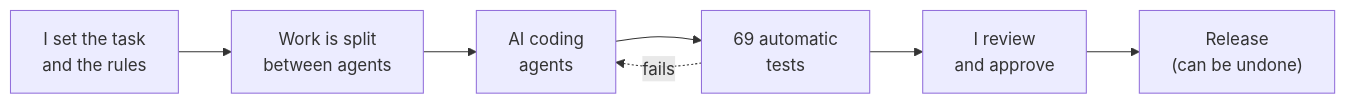
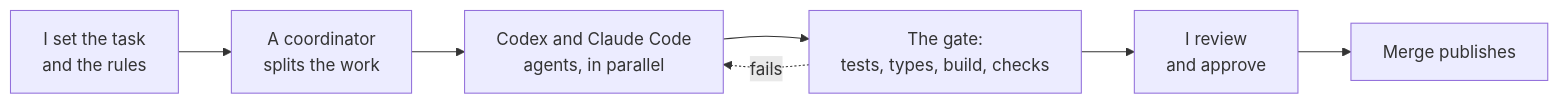
Before and after one commit to rekomakela/rekomakela: the diagram in README.md, drawn with Mermaid. The commit also changed other lines of this file and 10 other files, not shown here.

````diff
--- a/README.md
+++ b/README.md
@@ -45,9 +11,9 @@
 ```mermaid
 flowchart LR
-  A["I set the task<br/>and the rules"] --> B["Work is split<br/>between agents"]
-  B --> C["AI coding<br/>agents"]
-  C --> D["69 automatic<br/>tests"]
+  A["I set the task<br/>and the rules"] --> B["A coordinator<br/>splits the work"]
+  B --> C["Codex and Claude Code<br/>agents, in parallel"]
+  C --> D["The gate:<br/>tests, types, build, checks"]
   D --> E["I review<br/>and approve"]
-  E --> F["Release<br/>(can be undone)"]
+  E --> F["Merge publishes"]
   D -. fails .-> C
 ```
````
